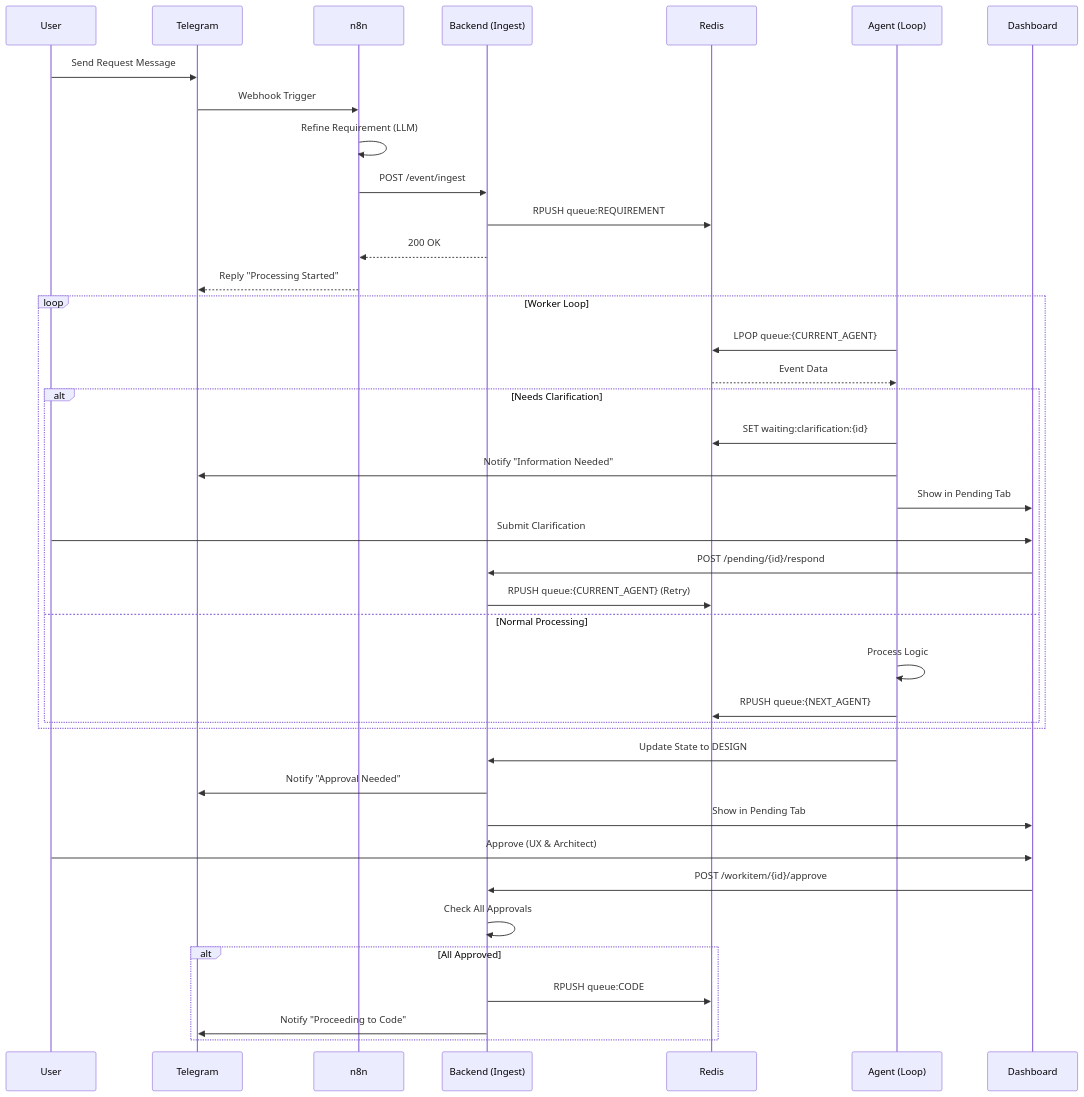
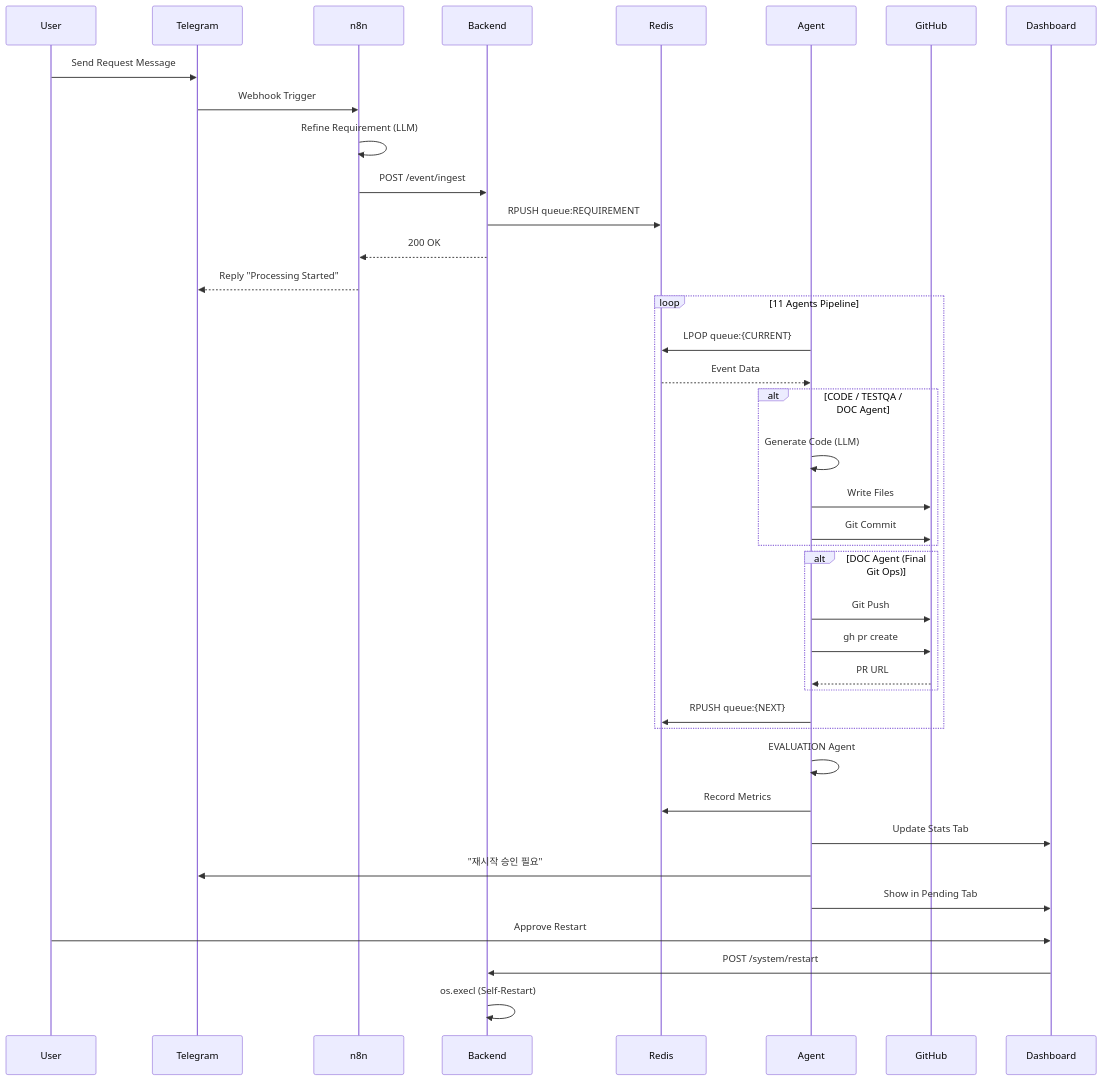
Before and after one commit to yprite/RemoteDeveloper: the diagram in docs/workflow_sequence.md, drawn with Mermaid. The commit also changed other lines of this file and 3 other files, not shown here.

Commit message:
Docs: Update all documentation for 11-agent pipeline and self-improvement features

````diff
--- a/docs/workflow_sequence.md
+++ b/docs/workflow_sequence.md
@@ -5,50 +5,52 @@
 ```mermaid
 sequenceDiagram
     participant User
     participant Telegram
     participant n8n
-    participant Backend as Backend (Ingest)
+    participant Backend
     participant Redis
-    participant Agent as Agent (Loop)
+    participant Agent
+    participant GitHub
     participant Dashboard
     
     %% Ingest Phase
     User->>Telegram: Send Request Message
     Telegram->>n8n: Webhook Trigger
     n8n->>n8n: Refine Requirement (LLM)
     n8n->>Backend: POST /event/ingest
     Backend->>Redis: RPUSH queue:REQUIREMENT
     Backend-->>n8n: 200 OK
     n8n-->>Telegram: Reply "Processing Started"
     
     %% Agent Processing Phase
-    loop Worker Loop
-        Agent->>Redis: LPOP queue:{CURRENT_AGENT}
+    loop 11 Agents Pipeline
+        Agent->>Redis: LPOP queue:{CURRENT}
         Redis-->>Agent: Event Data
-        alt Needs Clarification
-            Agent->>Redis: SET waiting:clarification:{id}
-            Agent->>Telegram: Notify "Information Needed"
-            Agent->>Dashboard: Show in Pending Tab
-            User->>Dashboard: Submit Clarification
-            Dashboard->>Backend: POST /pending/{id}/respond
-            Backend->>Redis: RPUSH queue:{CURRENT_AGENT} (Retry)
-        else Normal Processing
-            Agent->>Agent: Process Logic
-            Agent->>Redis: RPUSH queue:{NEXT_AGENT}
+        
+        alt CODE / TESTQA / DOC Agent
+            Agent->>Agent: Generate Code (LLM)
+            Agent->>GitHub: Write Files
+            Agent->>GitHub: Git Commit
         end
+        
+        alt DOC Agent (Final Git Ops)
+            Agent->>GitHub: Git Push
+            Agent->>GitHub: gh pr create
+            GitHub-->>Agent: PR URL
+        end
+        
+        Agent->>Redis: RPUSH queue:{NEXT}
     end
     
-    %% Approval Phase (Orchestrator)
-    Agent->>Backend: Update State to DESIGN
-    Backend->>Telegram: Notify "Approval Needed"
-    Backend->>Dashboard: Show in Pending Tab
+    %% Evaluation Phase
+    Agent->>Agent: EVALUATION Agent
+    Agent->>Redis: Record Metrics
+    Agent->>Dashboard: Update Stats Tab
     
-    User->>Dashboard: Approve (UX & Architect)
-    Dashboard->>Backend: POST /workitem/{id}/approve
-    Backend->>Backend: Check All Approvals
-    
-    alt All Approved
-        Backend->>Redis: RPUSH queue:CODE
-        Backend->>Telegram: Notify "Proceeding to Code"
-    end
+    %% Monitoring & Restart
+    Agent->>Telegram: "재시작 승인 필요"
+    Agent->>Dashboard: Show in Pending Tab
+    User->>Dashboard: Approve Restart
+    Dashboard->>Backend: POST /system/restart
+    Backend->>Backend: os.execl (Self-Restart)
 ```
````
